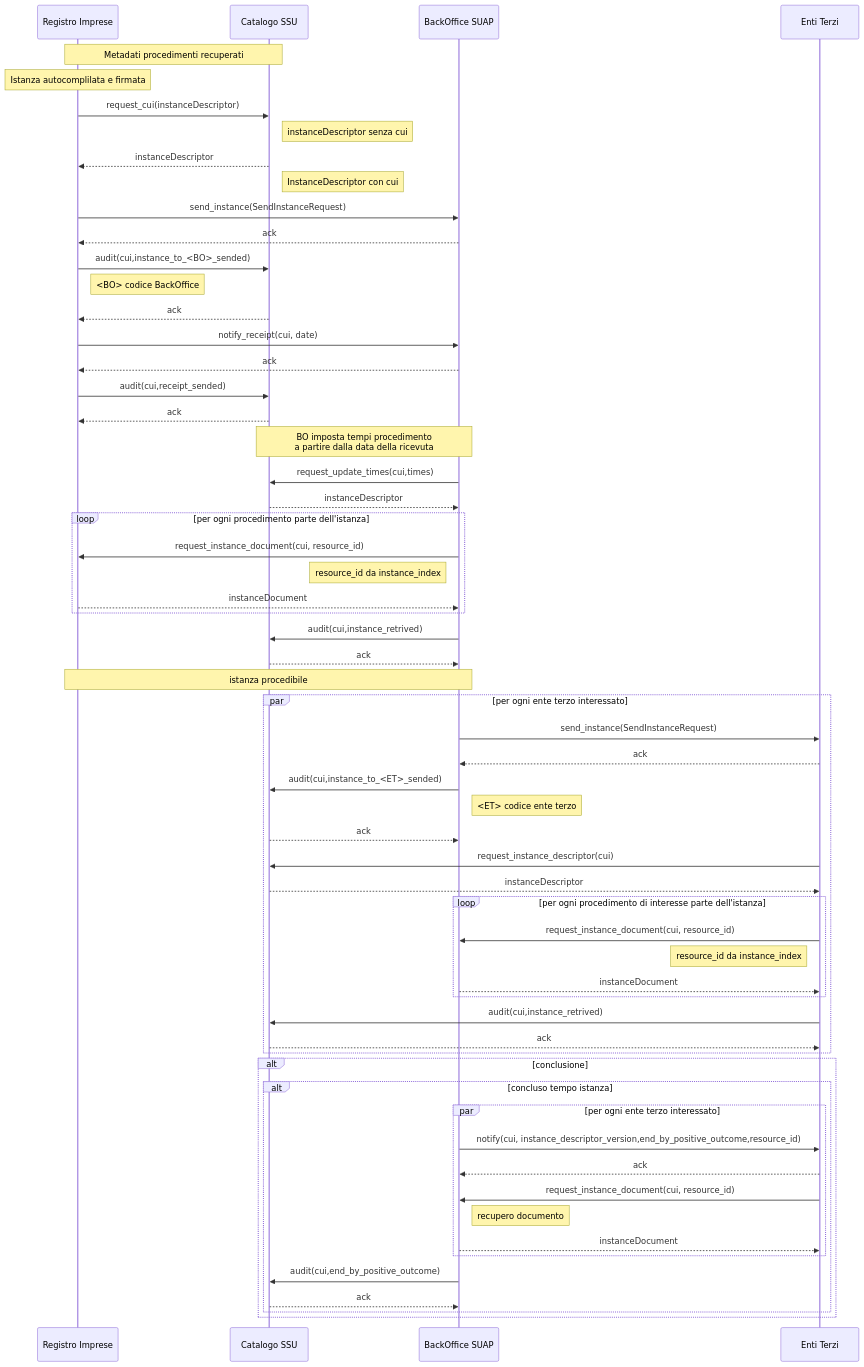
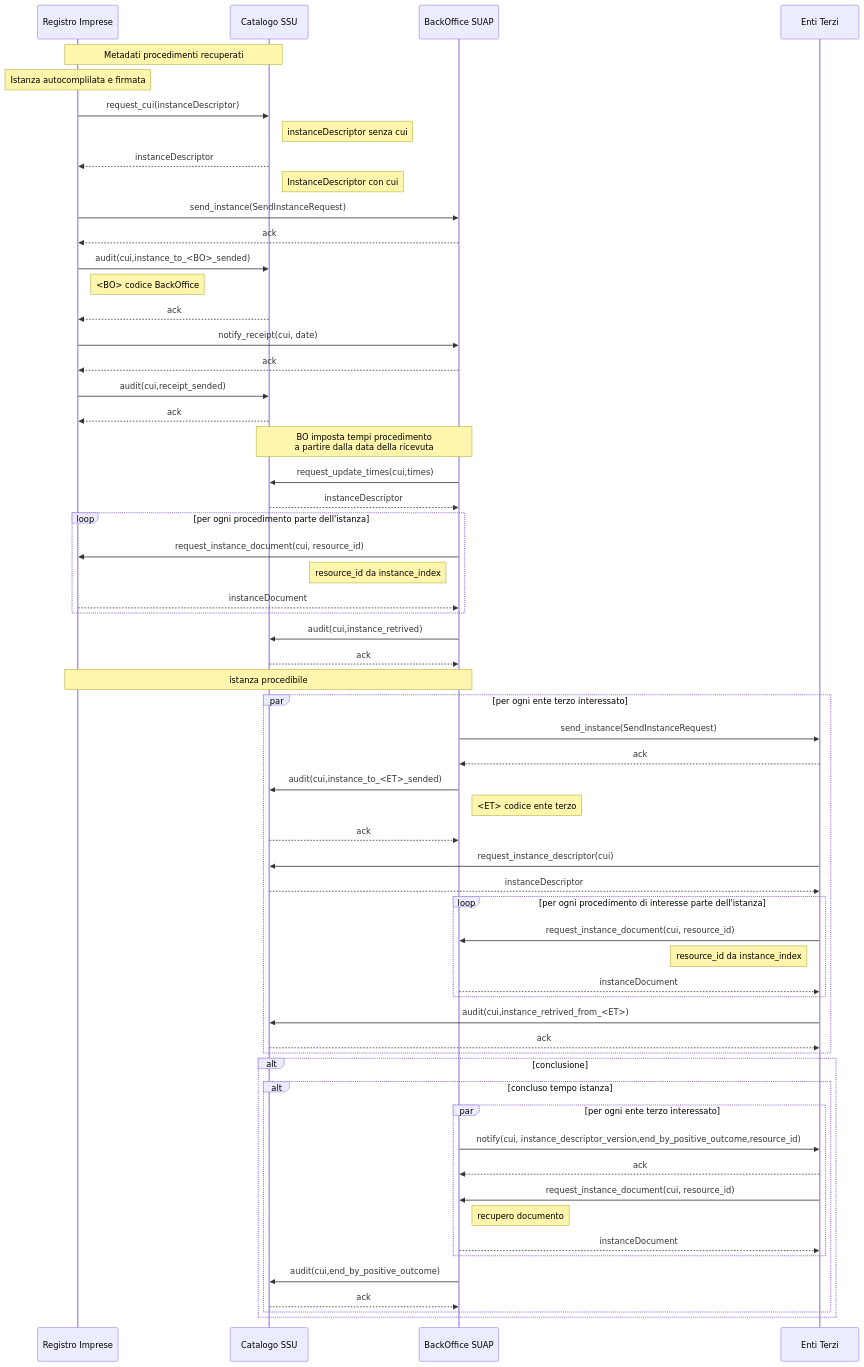
The diagram in sequence-diagram/CERS.mermaid (AgID/specifiche-tecniche-DPR-160-2010), drawn with Mermaid before and after one commit. The commit also changed 6 other files, not shown here.

```diff
--- a/sequence-diagram/CERS.mermaid
+++ b/sequence-diagram/CERS.mermaid
@@ -1,73 +1,73 @@
 sequenceDiagram
 
     participant RI as Registro Imprese
     participant C as Catalogo SSU    
     participant B as BackOffice SUAP    
     participant E as Enti Terzi    
 
 
     note over RI,C: Metadati procedimenti recuperati
     note over RI: Istanza autocomplilata e firmata
     
    
     RI ->> C: request_cui(instanceDescriptor)
     note right of C: instanceDescriptor senza cui
     C -->> RI: instanceDescriptor
     note right of C: InstanceDescriptor con cui
 
     RI ->> B: send_instance(SendInstanceRequest)
     B -->> RI: ack
     RI ->> C: audit(cui,instance_to_<BO>_sended)
     note right of RI: <BO> codice BackOffice
     C -->> RI: ack
 
     RI ->> B: notify_receipt(cui, date)
     B -->> RI: ack
 
     RI ->> C: audit(cui,receipt_sended)
     C -->> RI: ack
     
     note over  B,C: BO imposta tempi procedimento<br/>a partire dalla data della ricevuta
     B ->> C: request_update_times(cui,times)
     C -->> B: instanceDescriptor
 
     loop per ogni procedimento parte dell'istanza 
     B ->> RI: request_instance_document(cui, resource_id)
     note left of B: resource_id da instance_index
     RI -->> B: instanceDocument
     end
     B ->> C: audit(cui,instance_retrived)
     C -->> B: ack
         
     Note over B,RI: istanza procedibile       
 
         par per ogni ente terzo interessato        
         B ->> E: send_instance(SendInstanceRequest)
         E -->> B: ack
         B ->> C: audit(cui,instance_to_<ET>_sended)
         note right of B: <ET> codice ente terzo 
         C -->> B: ack
         E ->> C: request_instance_descriptor(cui)
         C -->> E: instanceDescriptor
         loop per ogni procedimento di interesse parte dell'istanza 
         E ->> B: request_instance_document(cui, resource_id)
         note left of E: resource_id da instance_index
         B -->> E: instanceDocument
         end
-        E ->> C: audit(cui,instance_retrived)
+        E ->> C: audit(cui,instance_retrived_from_<ET>)
         C -->> E: ack
     end
  
     alt conclusione
         alt concluso tempo istanza
             par per ogni ente terzo interessato
                 B ->> E: notify(cui, instance_descriptor_version,end_by_positive_outcome,resource_id)
                 E -->> B: ack
                 E ->> B: request_instance_document(cui, resource_id)
             note right of B: recupero documento 
                 B -->> E: instanceDocument 
             end
             B ->> C: audit(cui,end_by_positive_outcome)
             C -->> B: ack
         end
     end
```
